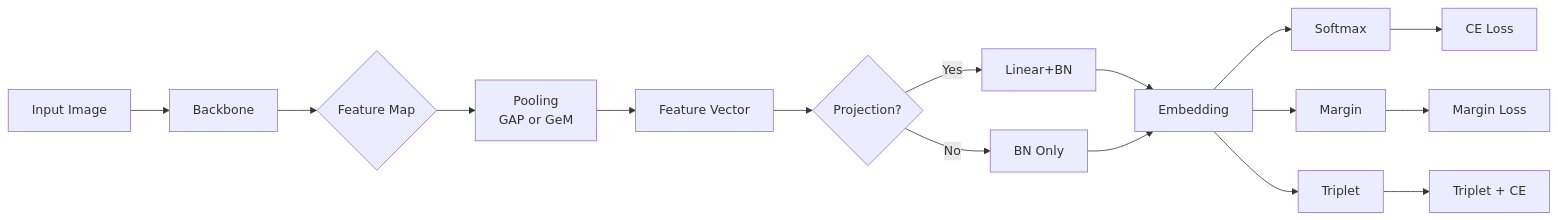
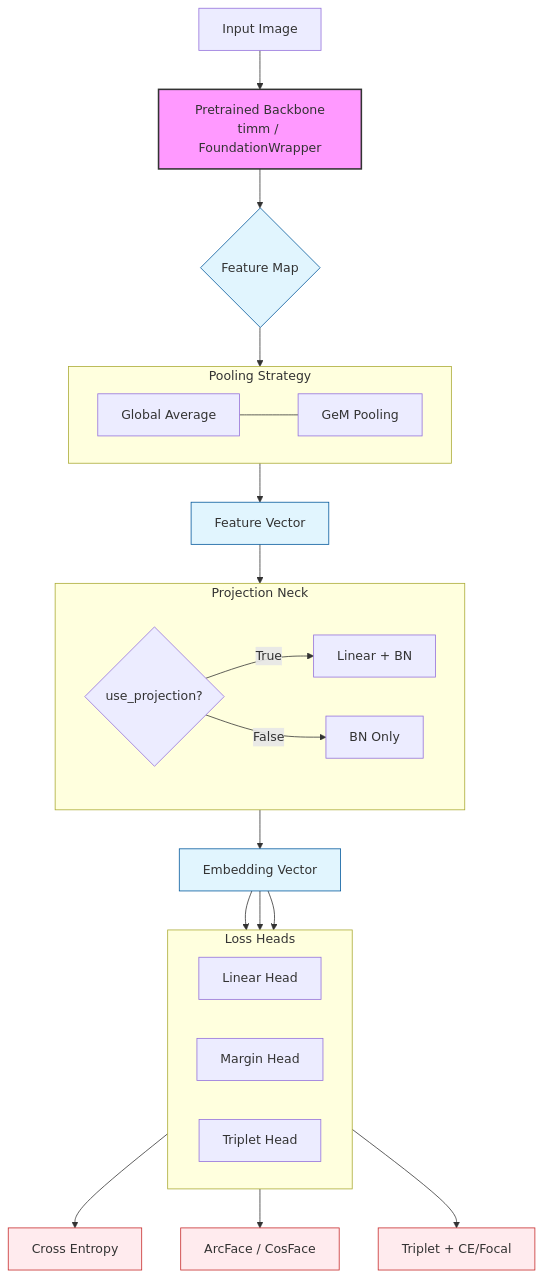
The diagram in reports/experiments/E00_kaggle-leaderboard_backbone.md (MicheleMarschner/jaguar_project), drawn with Mermaid before and after one commit.

Commit message:
Revise Re-ID pipeline diagram in markdown
Updated the mermaid diagram to reflect changes in the Re-ID pipeline, including modifications to backbone and pooling strategies.

````diff
--- a/reports/experiments/E00_kaggle-leaderboard_backbone.md
+++ b/reports/experiments/E00_kaggle-leaderboard_backbone.md
@@ -41,18 +41,41 @@
 ```mermaid
-flowchart LR
-A[Input Image] --> B[Backbone]
-B --> C{Feature Map}
+flowchart TD
+%% Styling
+classDef backbone fill:#f9f,stroke:#333,stroke-width:2px;
+classDef feature fill:#e1f5fe,stroke:#01579b;
+classDef head fill:#fff9c4,stroke:#fbc02d;
+classDef loss fill:#ffebee,stroke:#c62828;
 
-C --> D[Pooling<br/>GAP or GeM]
-D --> E[Feature Vector]
+A[Input Image] --> B[Pretrained Backbone<br/>timm / FoundationWrapper]:::backbone
+B --> C{Feature Map}:::feature
 
-E --> F{Projection?}
-F -->|Yes| G[Linear+BN]
-F -->|No| H[BN Only]
+subgraph Pooling [Pooling Strategy]
+    direction LR
+    D1[Global Average] --- D2[GeM Pooling]
+end
 
-G & H --> I[Embedding]
+C --> Pooling --> E[Feature Vector]:::feature
 
-I --> J1[Softmax] --> L1[CE Loss]
-I --> J2[Margin] --> L2[Margin Loss]
-I --> J3[Triplet] --> L3[Triplet + CE]
+subgraph Neck [Projection Neck]
+    F{use_projection?}
+    G[Linear + BN]
+    H[BN Only]
+    F -- True --> G
+    F -- False --> H
+end
+
+E --> Neck --> I[Embedding Vector]:::feature
+
+subgraph Heads [Loss Heads]
+    direction LR
+    J1[Linear Head]
+    J2[Margin Head]
+    J3[Triplet Head]
+end
+
+I --> J1 & J2 & J3
+
+J1 --> K[Cross Entropy]:::loss
+J2 --> L[ArcFace / CosFace]:::loss
+J3 --> M[Triplet + CE/Focal]:::loss
 ```
````
